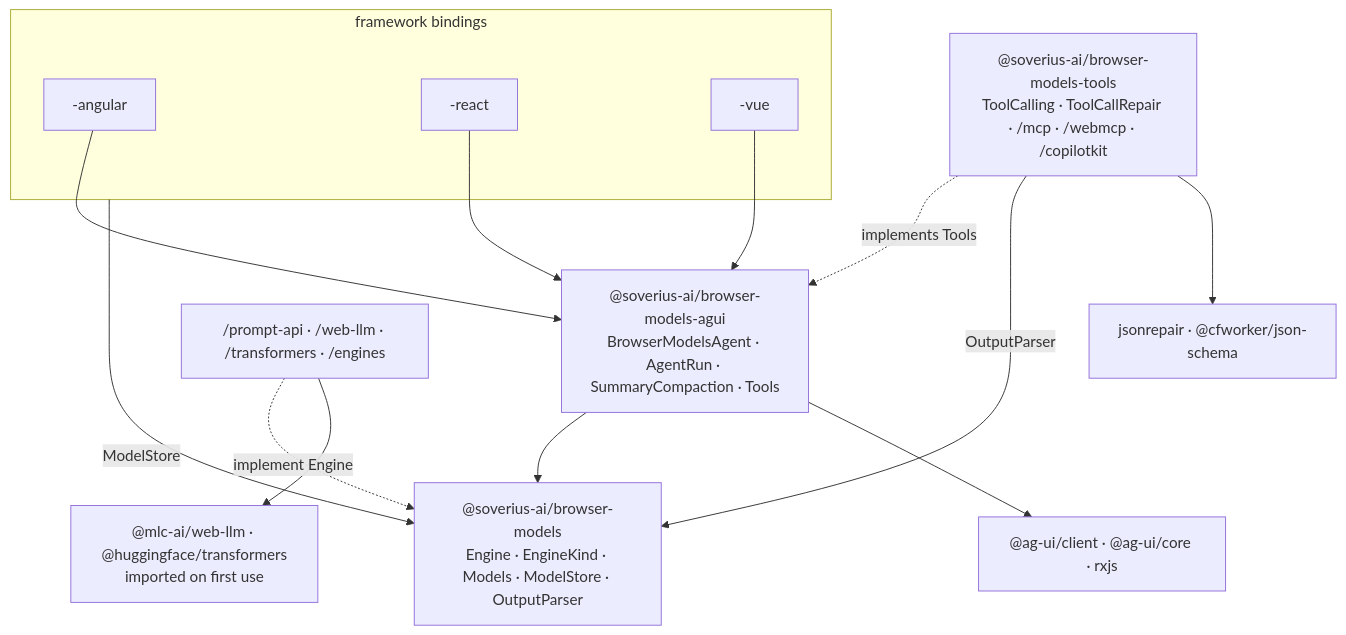
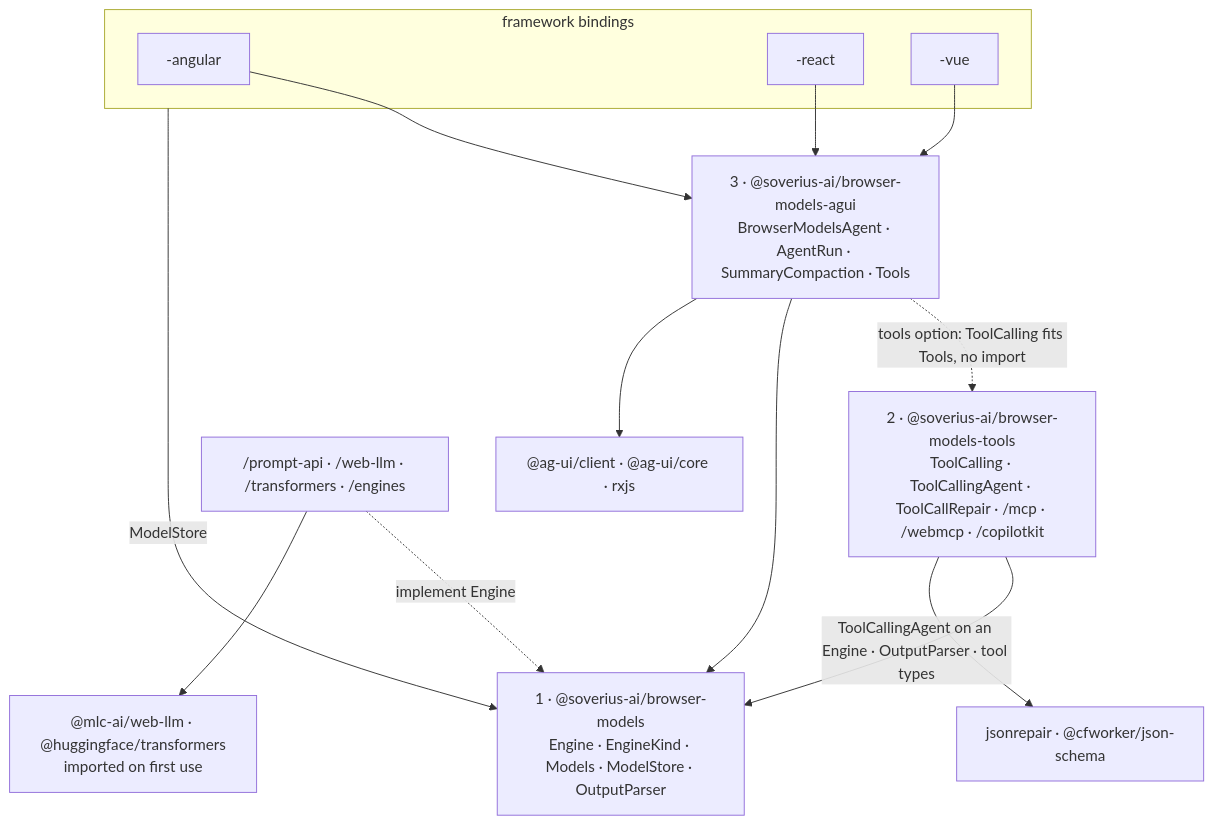
Before and after one commit to Soverius-AI/browser-models: the diagram in apps/docs/docs/architecture/index.md, drawn with Mermaid. The commit also changed other lines of this file and 62 other files, not shown here.

First line of the commit message:
feat(tools): ToolCallingAgent, tool calling as layer 2

````diff
--- a/apps/docs/docs/architecture/index.md
+++ b/apps/docs/docs/architecture/index.md
@@ -9,23 +9,23 @@
 ```mermaid
 flowchart TB
   subgraph frameworks["framework bindings"]
     angular["-angular"]
     react["-react"]
     vue["-vue"]
   end
-  tools["@soverius-ai/browser-models-tools<br/>ToolCalling · ToolCallRepair · /mcp · /webmcp · /copilotkit"]
-  agui["@soverius-ai/browser-models-agui<br/>BrowserModelsAgent · AgentRun · SummaryCompaction · Tools"]
-  core["@soverius-ai/browser-models<br/>Engine · EngineKind · Models · ModelStore · OutputParser"]
+  tools["2 · @soverius-ai/browser-models-tools<br/>ToolCalling · ToolCallingAgent · ToolCallRepair · /mcp · /webmcp · /copilotkit"]
+  agui["3 · @soverius-ai/browser-models-agui<br/>BrowserModelsAgent · AgentRun · SummaryCompaction · Tools"]
+  core["1 · @soverius-ai/browser-models<br/>Engine · EngineKind · Models · ModelStore · OutputParser"]
   engines["/prompt-api · /web-llm · /transformers · /engines"]
   angular --> agui
   react --> agui
   vue --> agui
   frameworks -->|ModelStore| core
-  tools -.->|implements Tools| agui
-  tools -->|OutputParser| core
+  agui -.->|tools option: ToolCalling fits Tools, no import| tools
+  tools -->|ToolCallingAgent on an Engine · OutputParser · tool types| core
   agui --> core
   engines -.->|implement Engine| core
   agui --> aguiLibs["@ag-ui/client · @ag-ui/core · rxjs"]
   tools --> toolLibs["jsonrepair · @cfworker/json-schema"]
   engines --> engineLibs["@mlc-ai/web-llm · @huggingface/transformers<br/>imported on first use"]
 ```
````
